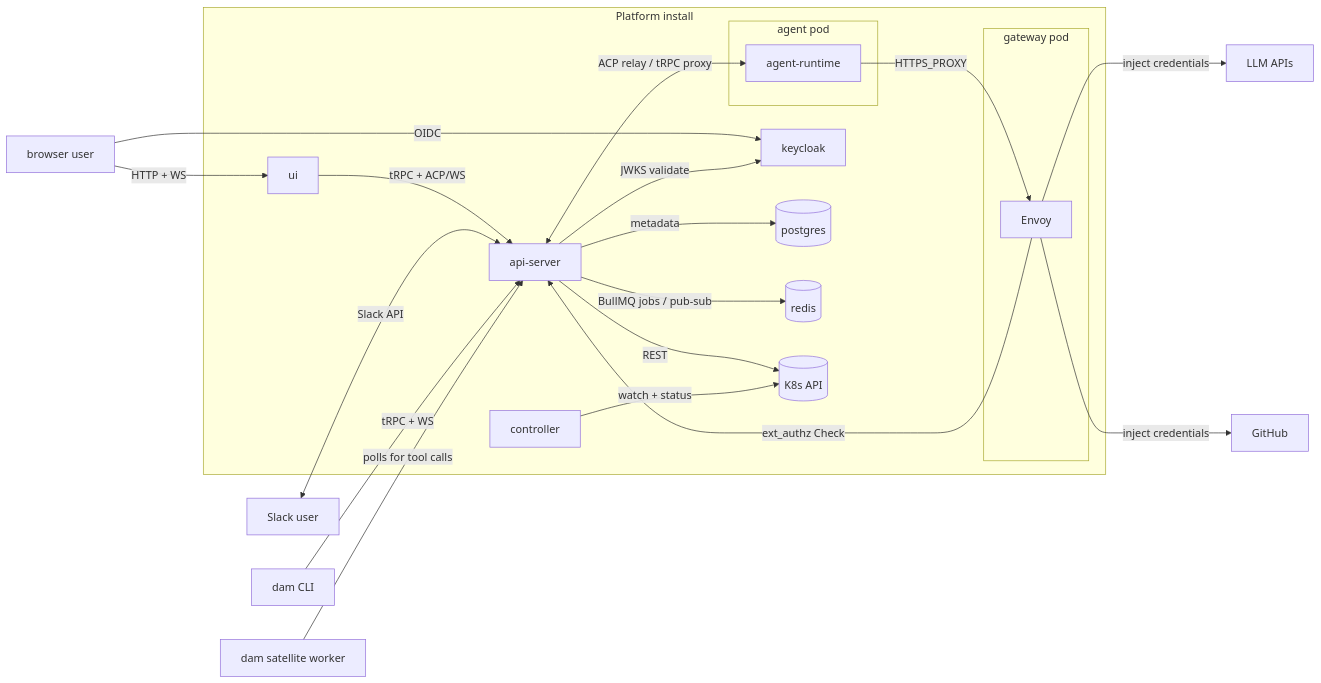
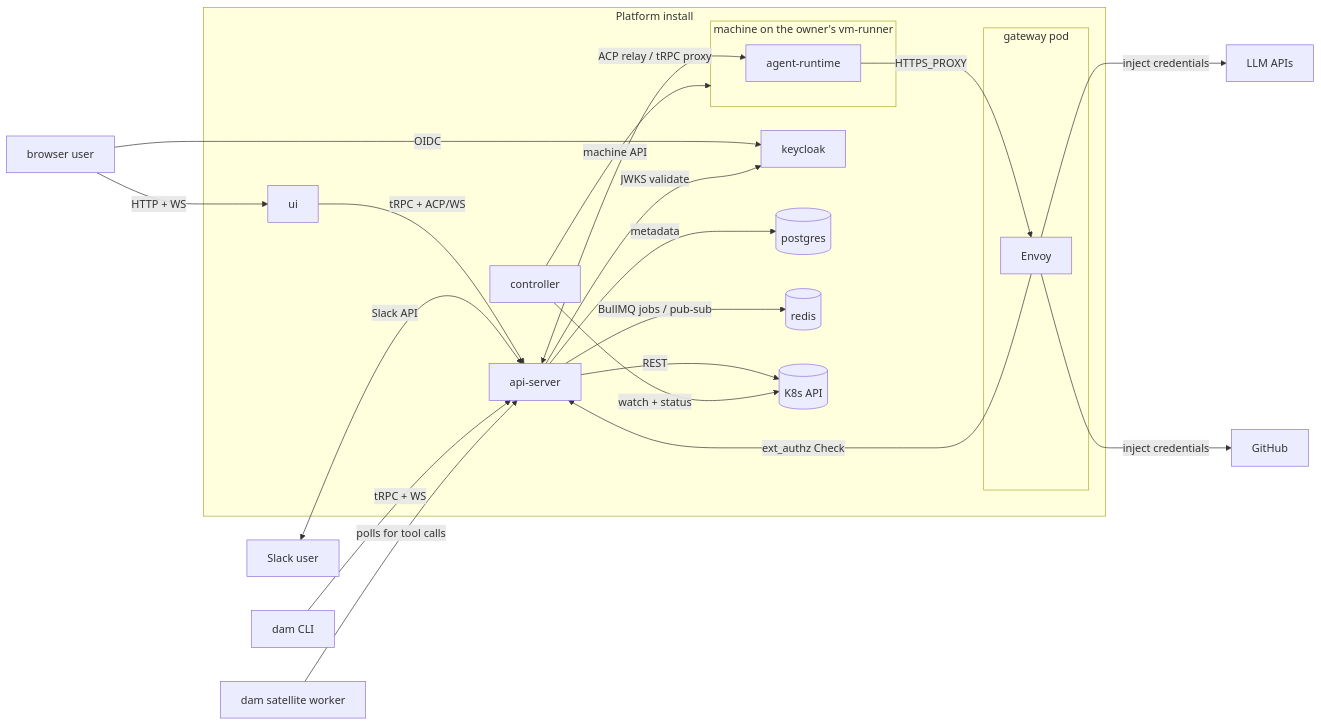
One commit to dam-agents/dam changed the diagram in docs/architecture.md. Above: the diagram before and after it, drawn with Mermaid. The commit also changed other lines of this file and 53 other files, not shown here.

````diff
--- a/docs/architecture.md
+++ b/docs/architecture.md
@@ -7,47 +7,48 @@
 ```mermaid
 flowchart LR
   user[browser user]
   slack-user[Slack user]
   cli[dam CLI]
   satellite[dam satellite worker]
   llm[LLM APIs]
   github[GitHub]
 
   subgraph cluster[Platform install]
     ui[ui]
     api-server[api-server]
     controller[controller]
     keycloak[keycloak]
     postgres[(postgres)]
     redis[(redis)]
     k8s-api[(K8s API)]
-    subgraph agentpod[agent pod]
+    subgraph machine[machine on the owner's vm-runner]
       agent-runtime
     end
     subgraph gatewaypod[gateway pod]
       envoy[Envoy]
     end
   end
 
   user -->|HTTP + WS| ui
   ui -->|tRPC + ACP/WS| api-server
   user -->|OIDC| keycloak
 
   slack-user <-->|Slack API| api-server
 
   cli -->|tRPC + WS| api-server
   satellite -->|polls for tool calls| api-server
 
   api-server <-->|ACP relay / tRPC proxy| agent-runtime
   api-server -->|REST| k8s-api
   api-server -->|JWKS validate| keycloak
   api-server -->|metadata| postgres
   api-server -->|BullMQ jobs / pub-sub| redis
 
   controller -->|watch + status| k8s-api
+  controller -->|machine API| machine
 
   agent-runtime -->|HTTPS_PROXY| envoy
   envoy -->|ext_authz Check| api-server
   envoy -->|inject credentials| llm
   envoy -->|inject credentials| github
 ```
````
